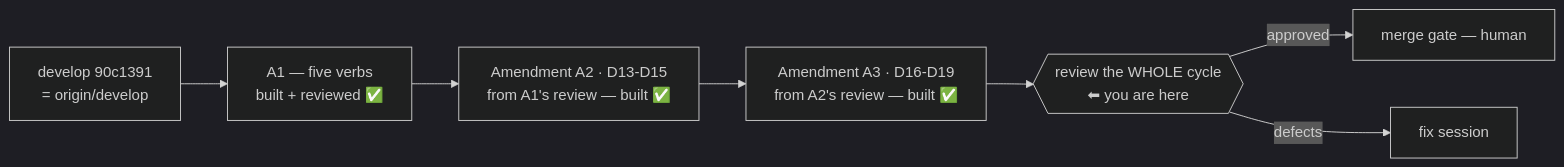
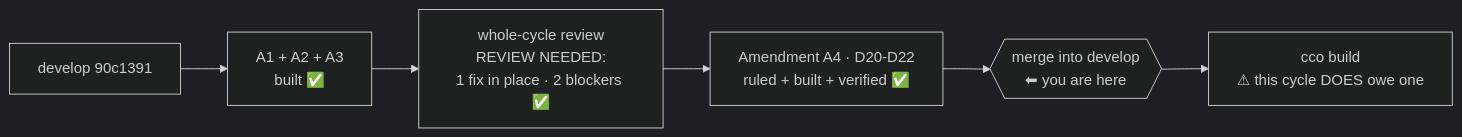
One commit to alergyonthestage/claude-orchestrator changed the diagram in docs/maintainers/handoff.md. Above: the diagram before and after it, drawn with Mermaid (dark theme). The commit also changed other lines of this file, not shown here.

First line of the commit message:
docs(handoff): close the session on the merge gate

````diff
--- a/docs/maintainers/handoff.md
+++ b/docs/maintainers/handoff.md
@@ -13,9 +10,8 @@
 ```mermaid
 flowchart LR
-    DEV["develop 90c1391<br/>= origin/develop"] --> A1["A1 — five verbs<br/>built + reviewed ✅"]
-    A1 --> A2["Amendment A2 · D13-D15<br/>from A1's review — built ✅"]
-    A2 --> A3["Amendment A3 · D16-D19<br/>from A2's review — built ✅"]
-    A3 --> REV{{"review the WHOLE cycle<br/>⬅ you are here"}}
-    REV -->|approved| M["merge gate — human"]
-    REV -->|defects| FIX["fix session"]
+    DEV["develop 90c1391"] --> A1["A1 + A2 + A3<br/>built ✅"]
+    A1 --> REV["whole-cycle review<br/>REVIEW NEEDED:<br/>1 fix in place · 2 blockers ✅"]
+    REV --> A4["Amendment A4 · D20-D22<br/>ruled + built + verified ✅"]
+    A4 --> M{{"merge into develop<br/>⬅ you are here"}}
+    M --> BUILD["cco build<br/>⚠ this cycle DOES owe one"]
 ```
````
